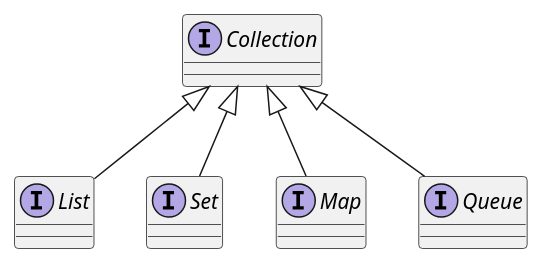
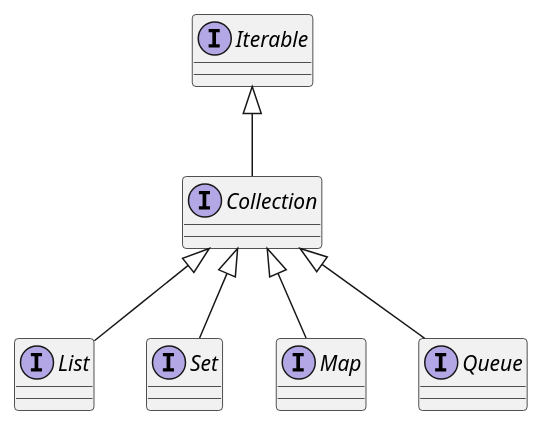
The diagram in uml/collection/jerarquia-collection.puml (stgoneira/fundamentos-programacion-java), drawn with PlantUML before and after one commit. The commit also changed 3 other files, not shown here.

Commit message:
diagramas UML colecciones

```diff
--- a/uml/collection/jerarquia-collection.puml
+++ b/uml/collection/jerarquia-collection.puml
@@ -1,10 +1,10 @@
 @startuml superclase 
 
-interface Collection {}
+interface Collection implements Iterable {}
 
 interface List implements Collection {}
 interface Set implements Collection {}
 interface Map implements Collection {}
 interface Queue implements Collection {}
 
 @enduml 
```
